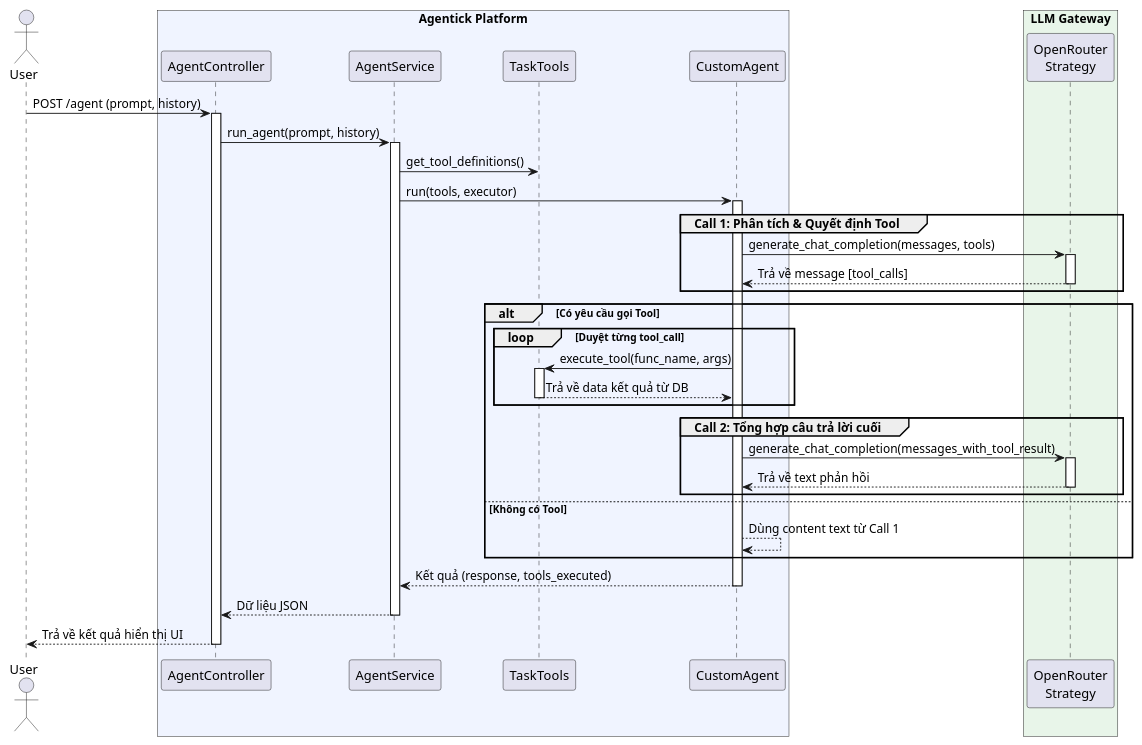
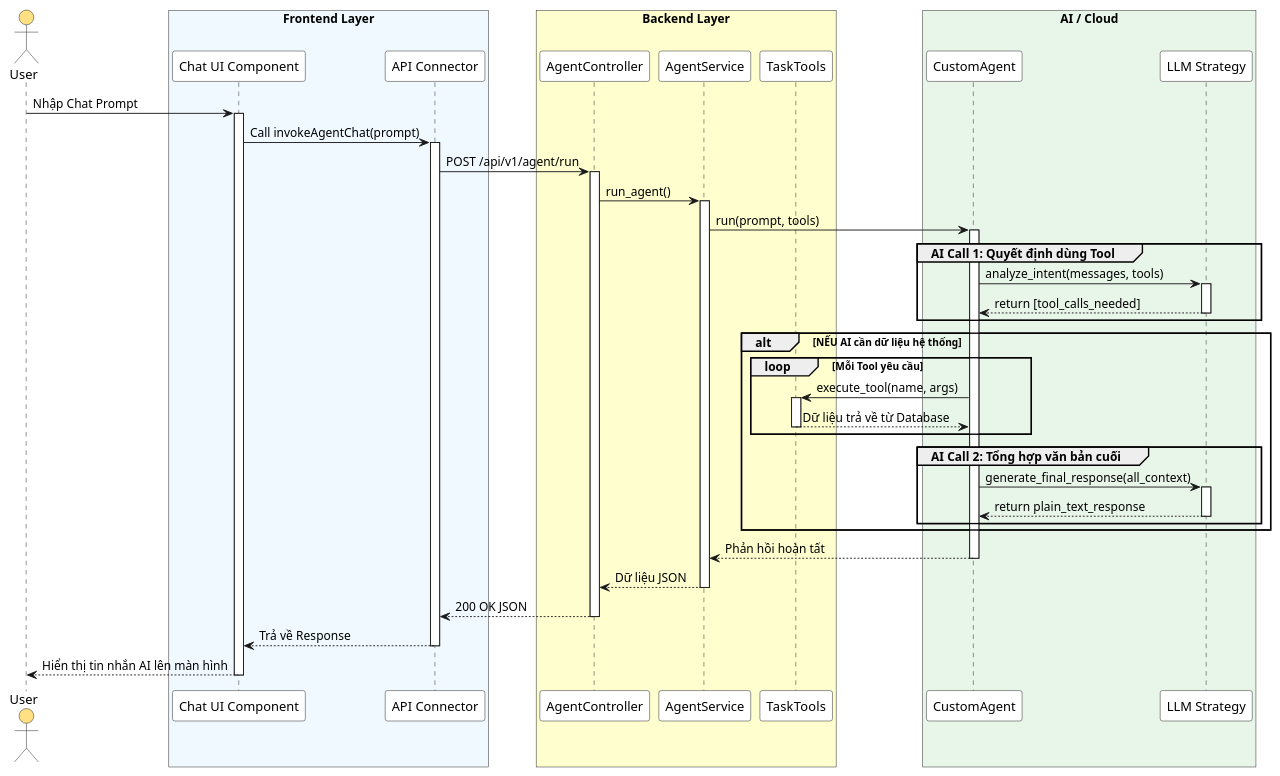
The second of 5 diagrams in docs/04_ai_agent_services.md (daFoggo/Agentick), drawn with PlantUML before and after one commit. The commit also changed other lines of this file and 133 other files, not shown here.

````diff
--- a/docs/04_ai_agent_services.md
+++ b/docs/04_ai_agent_services.md
@@ -93,58 +116,71 @@
 ```plantuml
 @startuml
 skinparam shadowing false
+skinparam ActorBackgroundColor #FFE082
+skinparam ParticipantBackgroundColor #FFFFFF
 
-actor User
-box "Agentick Platform" #F0F4FF
-    participant "AgentController" as API
+actor "User" as USER
+
+box "Frontend Layer" #F0F9FF
+    participant "Chat UI Component" as FE
+    participant "API Connector" as CONN
+end box
+
+box "Backend Layer" #FEFECE
+    participant "AgentController" as CTRL
     participant "AgentService" as SVC
     participant "TaskTools" as TT
-    participant "CustomAgent" as CA
 end box
 
-box "LLM Gateway" #E8F5E9
-    participant "OpenRouter\nStrategy" as OR
+box "AI / Cloud" #E8F5E9
+    participant "CustomAgent" as CA
+    participant "LLM Strategy" as LLM
 end box
 
-User -> API : POST /agent (prompt, history)
-activate API
-API -> SVC : run_agent(prompt, history)
+USER -> FE : Nhập Chat Prompt
+activate FE
+FE -> CONN : Call invokeAgentChat(prompt)
+activate CONN
+CONN -> CTRL : POST /api/v1/agent/run
+activate CTRL
+CTRL -> SVC : run_agent()
 activate SVC
-SVC -> TT : get_tool_definitions()
-SVC -> CA : run(tools, executor)
+SVC -> CA : run(prompt, tools)
 activate CA
 
-group Call 1: Phân tích & Quyết định Tool
-    CA -> OR : generate_chat_completion(messages, tools)
-    activate OR
-    OR --> CA : Trả về message [tool_calls]
-    deactivate OR
+group AI Call 1: Quyết định dùng Tool
+    CA -> LLM : analyze_intent(messages, tools)
+    activate LLM
+    LLM --> CA : return [tool_calls_needed]
+    deactivate LLM
 end
 
-alt Có yêu cầu gọi Tool
-    loop Duyệt từng tool_call
-        CA -> TT : execute_tool(func_name, args)
+alt NẾU AI cần dữ liệu hệ thống
+    loop Mỗi Tool yêu cầu
+        CA -> TT : execute_tool(name, args)
         activate TT
-        TT --> CA : Trả về data kết quả từ DB
+        TT --> CA : Dữ liệu trả về từ Database
         deactivate TT
     end
     
-    group Call 2: Tổng hợp câu trả lời cuối
-        CA -> OR : generate_chat_completion(messages_with_tool_result)
-        activate OR
-        OR --> CA : Trả về text phản hồi
-        deactivate OR
+    group AI Call 2: Tổng hợp văn bản cuối
+        CA -> LLM : generate_final_response(all_context)
+        activate LLM
+        LLM --> CA : return plain_text_response
+        deactivate LLM
     end
-else Không có Tool
-    CA --> CA : Dùng content text từ Call 1
 end
 
-CA --> SVC : Kết quả (response, tools_executed)
+CA --> SVC : Phản hồi hoàn tất
 deactivate CA
-SVC --> API : Dữ liệu JSON
+SVC --> CTRL : Dữ liệu JSON
 deactivate SVC
-API --> User : Trả về kết quả hiển thị UI
-deactivate API
+CTRL --> CONN : 200 OK JSON
+deactivate CTRL
+CONN --> FE : Trả về Response
+deactivate CONN
+FE --> USER : Hiển thị tin nhắn AI lên màn hình
+deactivate FE
 
 @enduml
 ```
````
